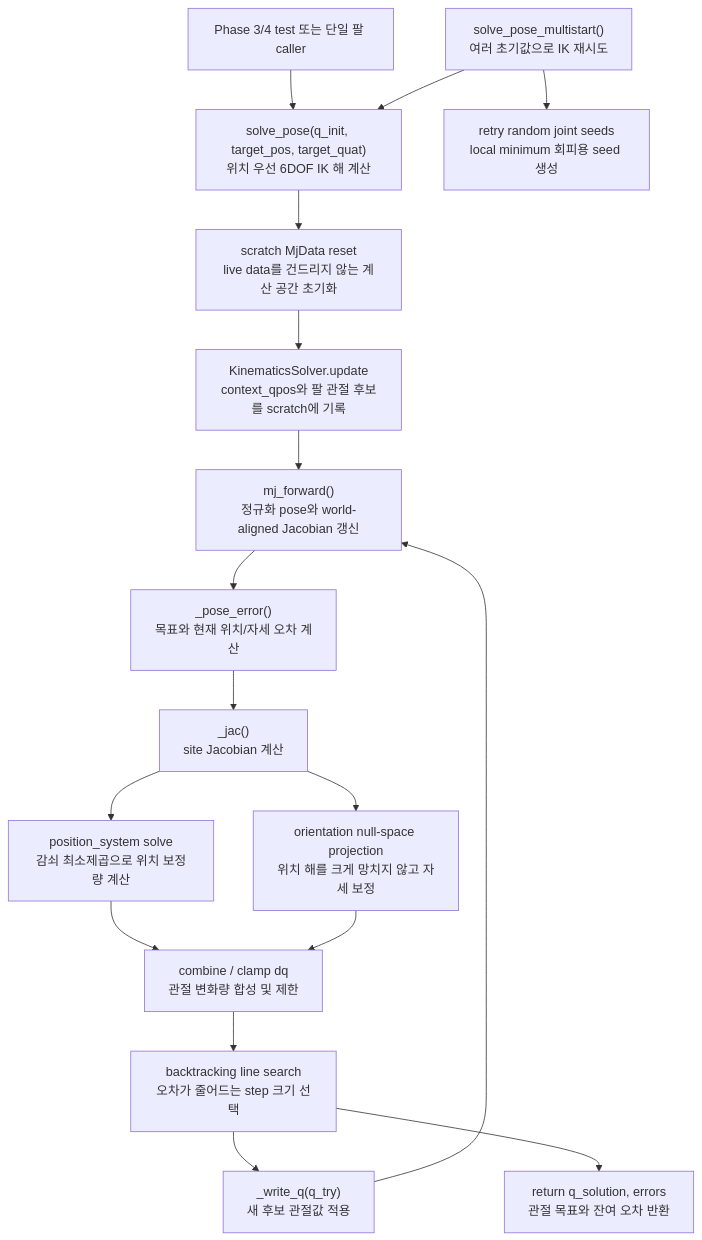
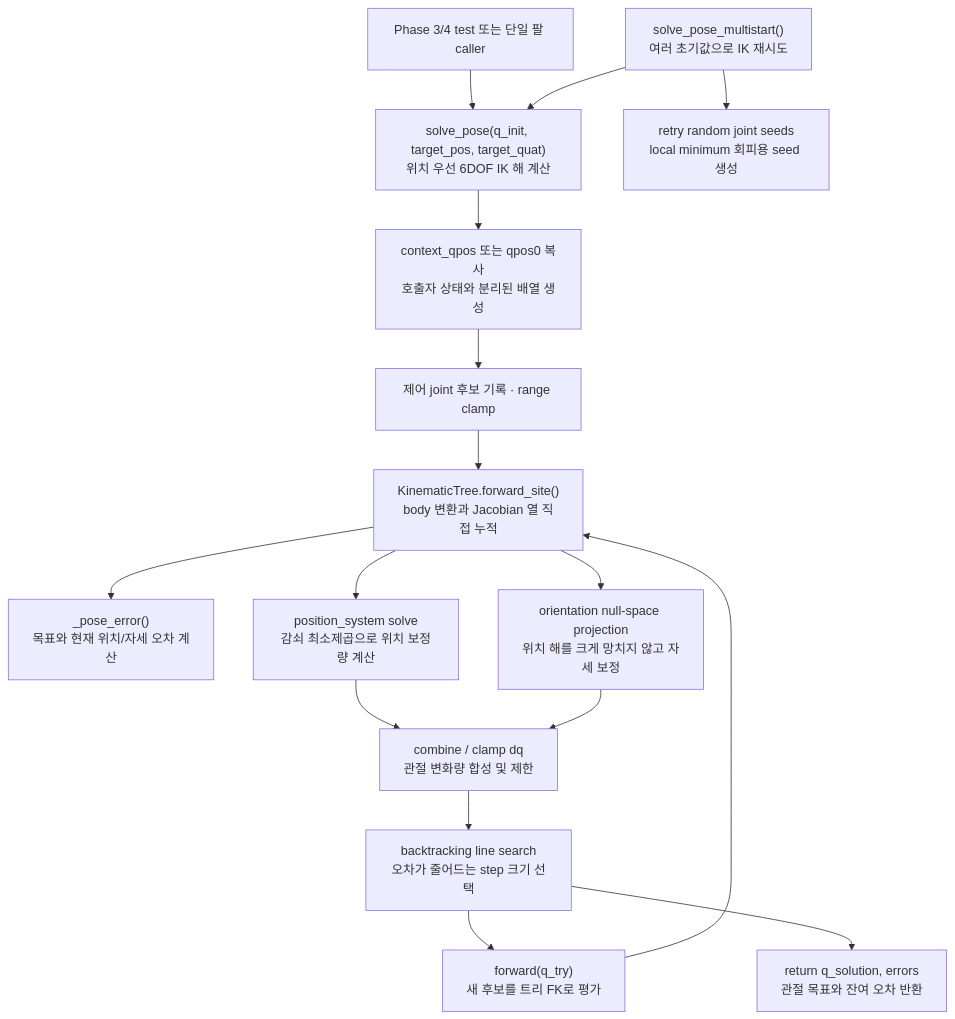
Before and after one commit to ggh-png/ffw-sh5-grasp: the second of 2 diagrams in docs/guide/ik.md, drawn with Mermaid. The commit also changed other lines of this file and 40 other files, not shown here.

````diff
--- a/docs/guide/ik.md
+++ b/docs/guide/ik.md
@@ -87,20 +93,19 @@
 ```mermaid
 flowchart TD
     A["Phase 3/4 test 또는 단일 팔 caller"] --> B["solve_pose(q_init, target_pos, target_quat)<br>위치 우선 6DOF IK 해 계산"]
-    B --> C["scratch MjData reset<br>live data를 건드리지 않는 계산 공간 초기화"]
-    C --> D["KinematicsSolver.update<br>context_qpos와 팔 관절 후보를 scratch에 기록"]
-    D --> F["mj_forward()<br>정규화 pose와 world-aligned Jacobian 갱신"]
+    B --> C["context_qpos 또는 qpos0 복사<br>호출자 상태와 분리된 배열 생성"]
+    C --> D["제어 joint 후보 기록 · range clamp"]
+    D --> F["KinematicTree.forward_site()<br>body 변환과 Jacobian 열 직접 누적"]
     F --> G["_pose_error()<br>목표와 현재 위치/자세 오차 계산"]
-    G --> H["_jac()<br>site Jacobian 계산"]
-    H --> I["position_system solve<br>감쇠 최소제곱으로 위치 보정량 계산"]
-    H --> J["orientation null-space projection<br>위치 해를 크게 망치지 않고 자세 보정"]
+    F --> I["position_system solve<br>감쇠 최소제곱으로 위치 보정량 계산"]
+    F --> J["orientation null-space projection<br>위치 해를 크게 망치지 않고 자세 보정"]
     I --> K["combine / clamp dq<br>관절 변화량 합성 및 제한"]
     J --> K
     K --> L["backtracking line search<br>오차가 줄어드는 step 크기 선택"]
-    L --> M["_write_q(q_try)<br>새 후보 관절값 적용"]
+    L --> M["forward(q_try)<br>새 후보를 트리 FK로 평가"]
     M --> F
     L --> N["return q_solution, errors<br>관절 목표와 잔여 오차 반환"]
 
     O["solve_pose_multistart()<br>여러 초기값으로 IK 재시도"] --> B
     O --> P["retry random joint seeds<br>local minimum 회피용 seed 생성"]
 ```
````
